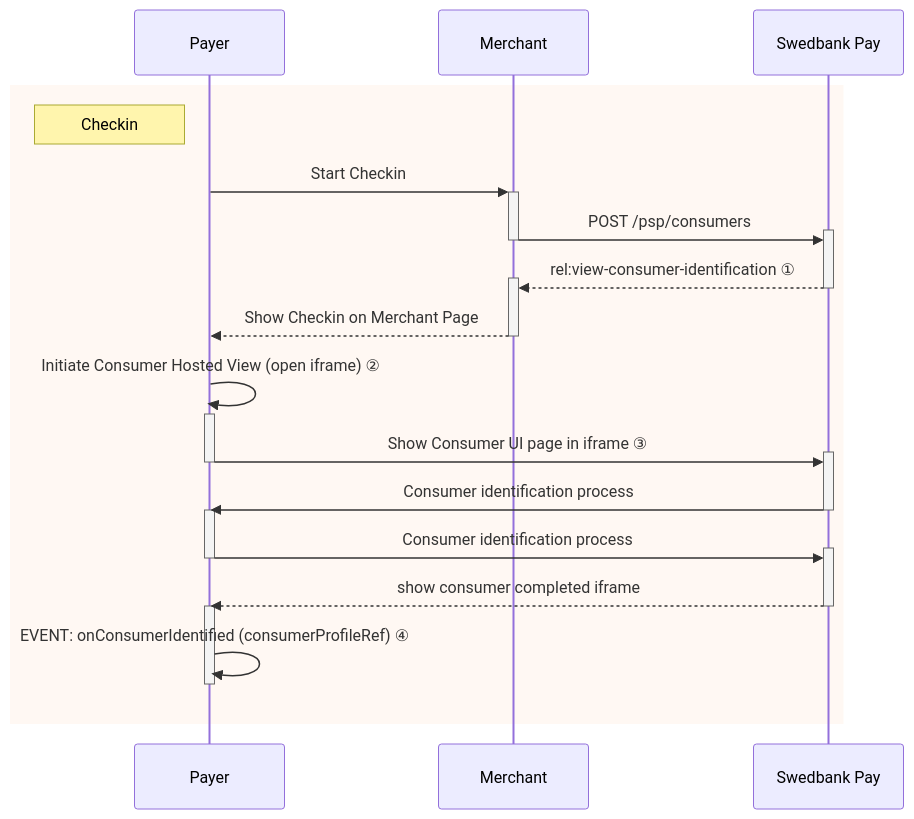
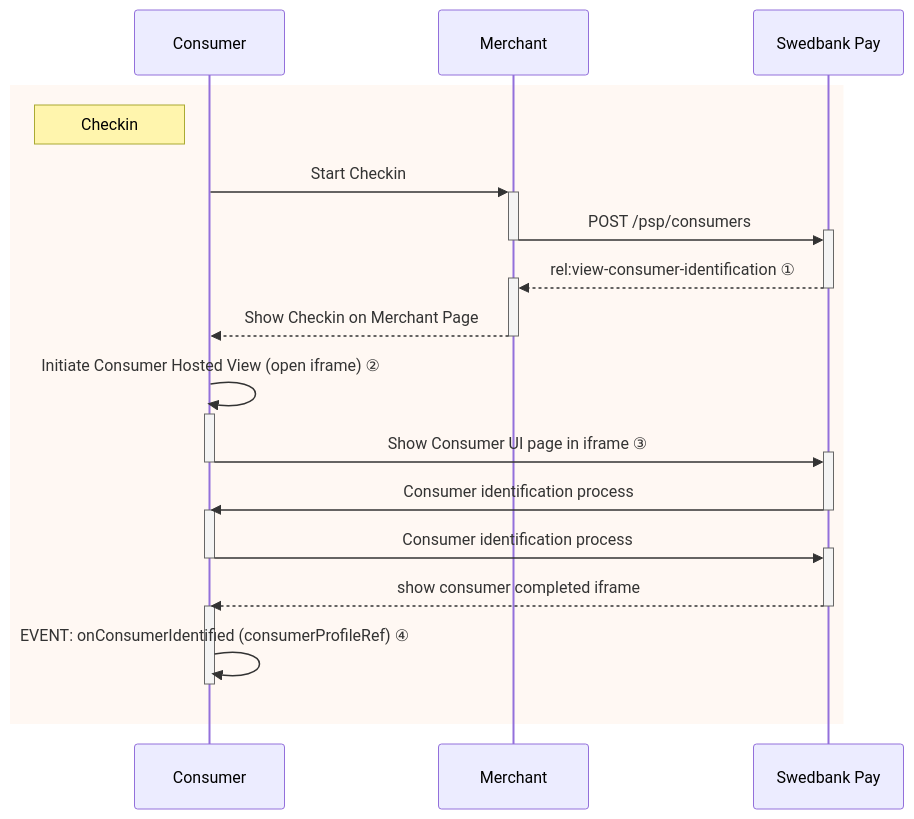
One commit to SwedbankPay/developer.swedbankpay.com changed the diagram in checkout/checkin.md. Above: the diagram before and after it, drawn with Mermaid. The commit also changed 8 other files, not shown here.

````diff
--- a/checkout/checkin.md
+++ b/checkout/checkin.md
@@ -202,29 +202,29 @@
 ```mermaid
 sequenceDiagram
-    participant Payer
+    participant Consumer
     participant Merchant
     participant SwedbankPay as Swedbank Pay
 
         rect rgba(238, 112, 35, 0.05)
-            note left of Payer: Checkin
+            note left of Consumer: Checkin
 
-    Payer ->>+ Merchant: Start Checkin
+    Consumer ->>+ Merchant: Start Checkin
     Merchant ->>+ SwedbankPay: POST /psp/consumers
     deactivate Merchant
     SwedbankPay -->>+ Merchant: rel:view-consumer-identification ①
     deactivate SwedbankPay
-    Merchant -->>- Payer: Show Checkin on Merchant Page
+    Merchant -->>- Consumer: Show Checkin on Merchant Page
 
-    Payer ->>+ Payer: Initiate Consumer Hosted View (open iframe) ②
-    Payer ->>+ SwedbankPay: Show Consumer UI page in iframe ③
-    deactivate Payer
-    SwedbankPay ->>- Payer: Consumer identification process
-    activate Payer
-    Payer ->>+ SwedbankPay: Consumer identification process
-    deactivate Payer
-    SwedbankPay -->>- Payer: show consumer completed iframe
-    activate Payer
-    Payer ->> Payer: EVENT: onConsumerIdentified (consumerProfileRef) ④
-    deactivate Payer
+    Consumer ->>+ Consumer: Initiate Consumer Hosted View (open iframe) ②
+    Consumer ->>+ SwedbankPay: Show Consumer UI page in iframe ③
+    deactivate Consumer
+    SwedbankPay ->>- Consumer: Consumer identification process
+    activate Consumer
+    Consumer ->>+ SwedbankPay: Consumer identification process
+    deactivate Consumer
+    SwedbankPay -->>- Consumer: show consumer completed iframe
+    activate Consumer
+    Consumer ->> Consumer: EVENT: onConsumerIdentified (consumerProfileRef) ④
+    deactivate Consumer
     end
 ```
````
